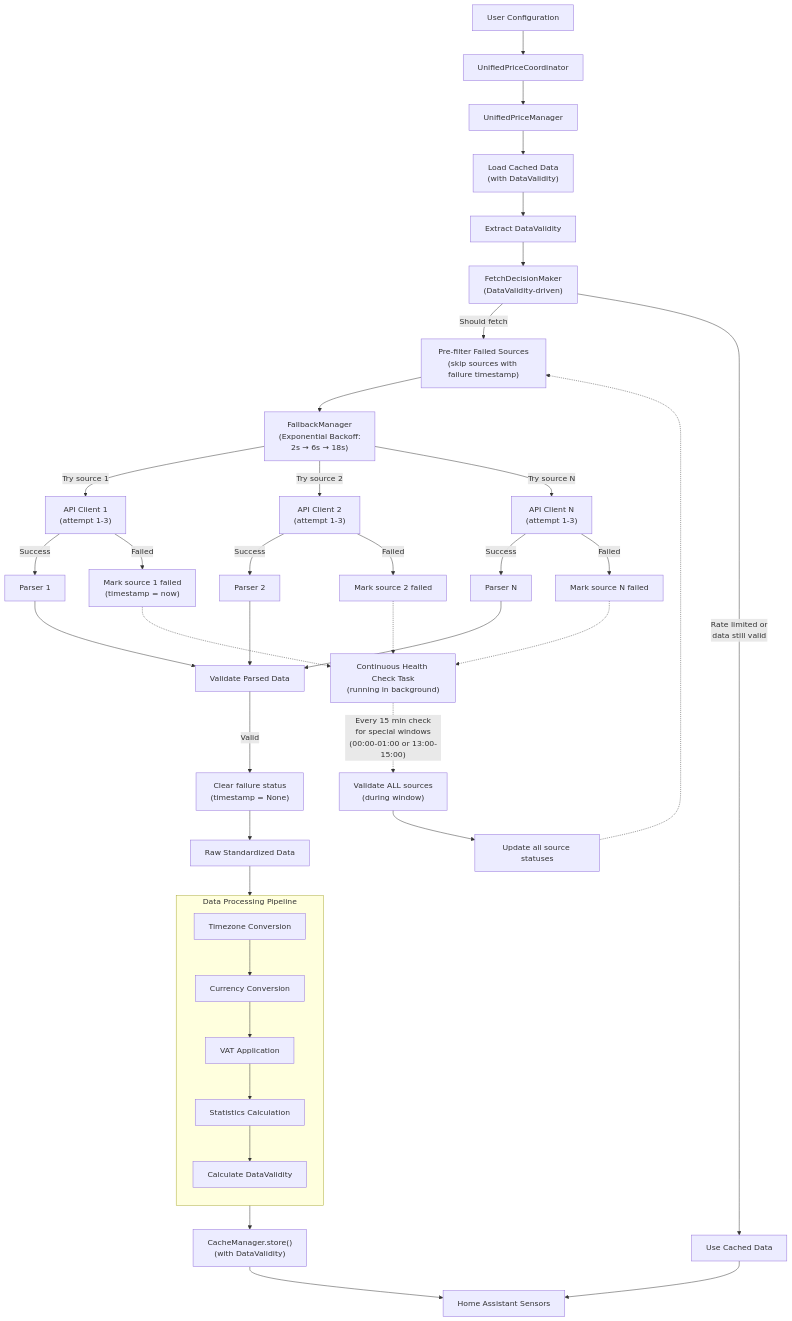
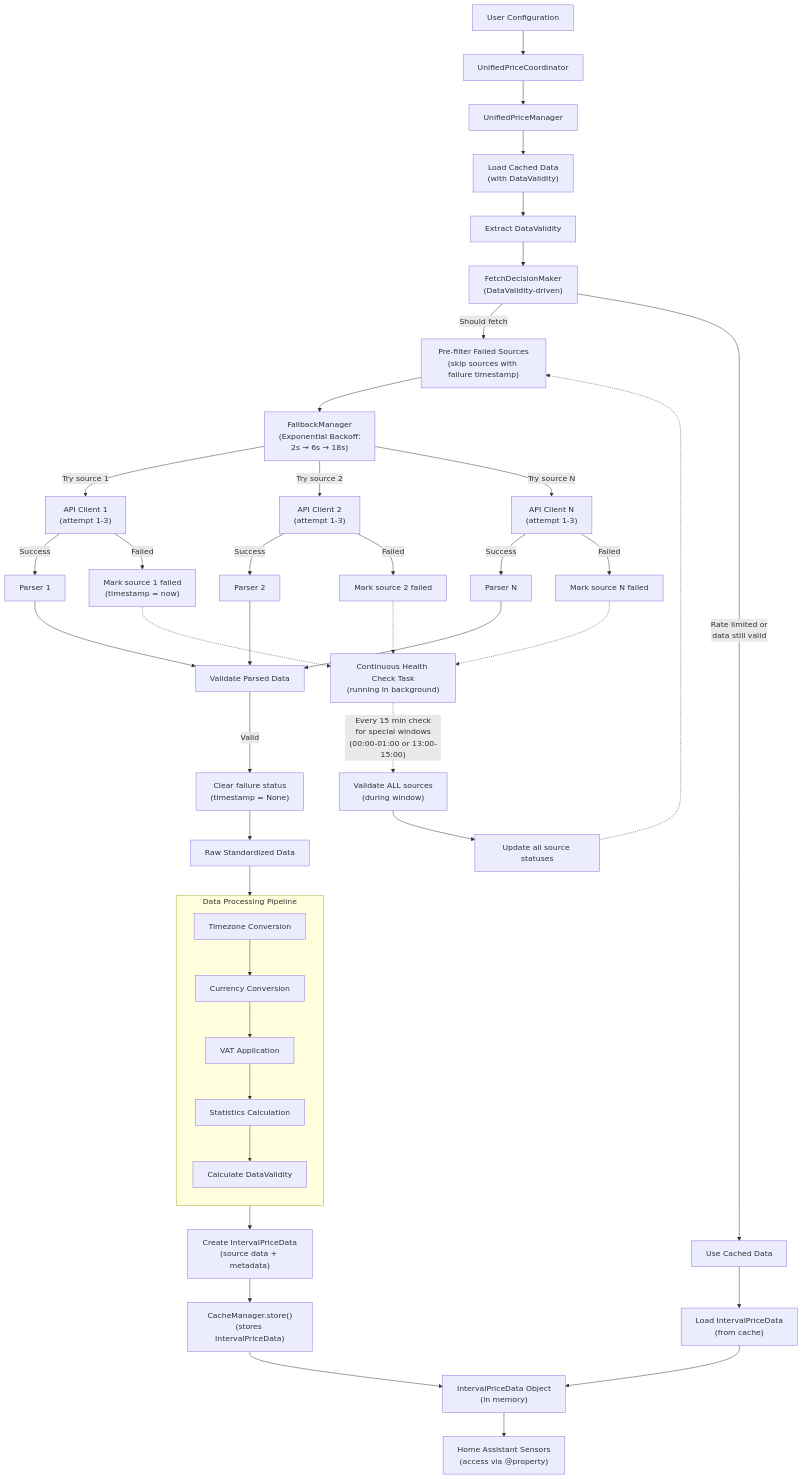
Before and after one commit to enoch85/ge-spot: the first of 4 diagrams in README.md, drawn with Mermaid. The commit also changed other lines of this file and 32 other files, not shown here.

````diff
--- a/README.md
+++ b/README.md
@@ -628,56 +628,60 @@
 ```mermaid
 flowchart TD
     Config["User Configuration"] --> Coord["UnifiedPriceCoordinator"]
     Coord --> UPM["UnifiedPriceManager"]
     
     UPM --> LoadCache["Load Cached Data<br/>(with DataValidity)"]
     LoadCache --> ExtractValidity["Extract DataValidity"]
     ExtractValidity --> FetchDecision["FetchDecisionMaker<br/>(DataValidity-driven)"]
     
     FetchDecision --> |"Should fetch"| FilterSources["Pre-filter Failed Sources<br/>(skip sources with failure timestamp)"]
     FetchDecision --> |"Rate limited or<br/>data still valid"| UseCache["Use Cached Data"]
     
     FilterSources --> FallbackMgr["FallbackManager<br/>(Exponential Backoff:<br/>2s → 6s → 18s)"]
     
     FallbackMgr --> |"Try source 1"| API1["API Client 1<br/>(attempt 1-3)"]
     FallbackMgr --> |"Try source 2"| API2["API Client 2<br/>(attempt 1-3)"] 
     FallbackMgr --> |"Try source N"| APIN["API Client N<br/>(attempt 1-3)"]
     
     API1 --> |"Success"| Parser1["Parser 1"]
     API2 --> |"Success"| Parser2["Parser 2"]
     APIN --> |"Success"| ParserN["Parser N"]
     
     API1 --> |"Failed"| MarkFailed1["Mark source 1 failed<br/>(timestamp = now)"]
     API2 --> |"Failed"| MarkFailed2["Mark source 2 failed"]
     APIN --> |"Failed"| MarkFailedN["Mark source N failed"]
     
     MarkFailed1 -.-> HealthCheckBG["Continuous Health Check Task<br/>(running in background)"]
     MarkFailed2 -.-> HealthCheckBG
     MarkFailedN -.-> HealthCheckBG
     
     HealthCheckBG -.-> |"Every 15 min check<br/>for special windows<br/>(00:00-01:00 or 13:00-15:00)"| HealthCheck["Validate ALL sources<br/>(during window)"]
     HealthCheck --> UpdateAllStatus["Update all source statuses"]
     UpdateAllStatus -.-> FilterSources
     
     Parser1 --> Validate["Validate Parsed Data"]
     Parser2 --> Validate
     ParserN --> Validate
     
     Validate --> |"Valid"| ClearFailed["Clear failure status<br/>(timestamp = None)"]
     ClearFailed --> RawData["Raw Standardized Data"]
     
     RawData --> DataProcessor["DataProcessor"]
     
     subgraph DataProcessor["Data Processing Pipeline"]
         direction TB
         TZ["Timezone Conversion"] --> Currency["Currency Conversion"]
         Currency --> VAT["VAT Application"]
         VAT --> Stats["Statistics Calculation"]
         Stats --> CalcValidity["Calculate DataValidity"]
     end
     
-    DataProcessor --> CacheStore["CacheManager.store()<br/>(with DataValidity)"]
-    CacheStore --> Sensors["Home Assistant Sensors"]
+    DataProcessor --> CreateIPD["Create IntervalPriceData<br/>(source data + metadata)"]
+    CreateIPD --> CacheStore["CacheManager.store()<br/>(stores IntervalPriceData)"]
+    CacheStore --> IPDObject["IntervalPriceData Object<br/>(in memory)"]
     
-    UseCache --> Sensors
+    UseCache --> LoadIPD["Load IntervalPriceData<br/>(from cache)"]
+    LoadIPD --> IPDObject
+    
+    IPDObject --> Sensors["Home Assistant Sensors<br/>(access via @property)"]
 ```
````
